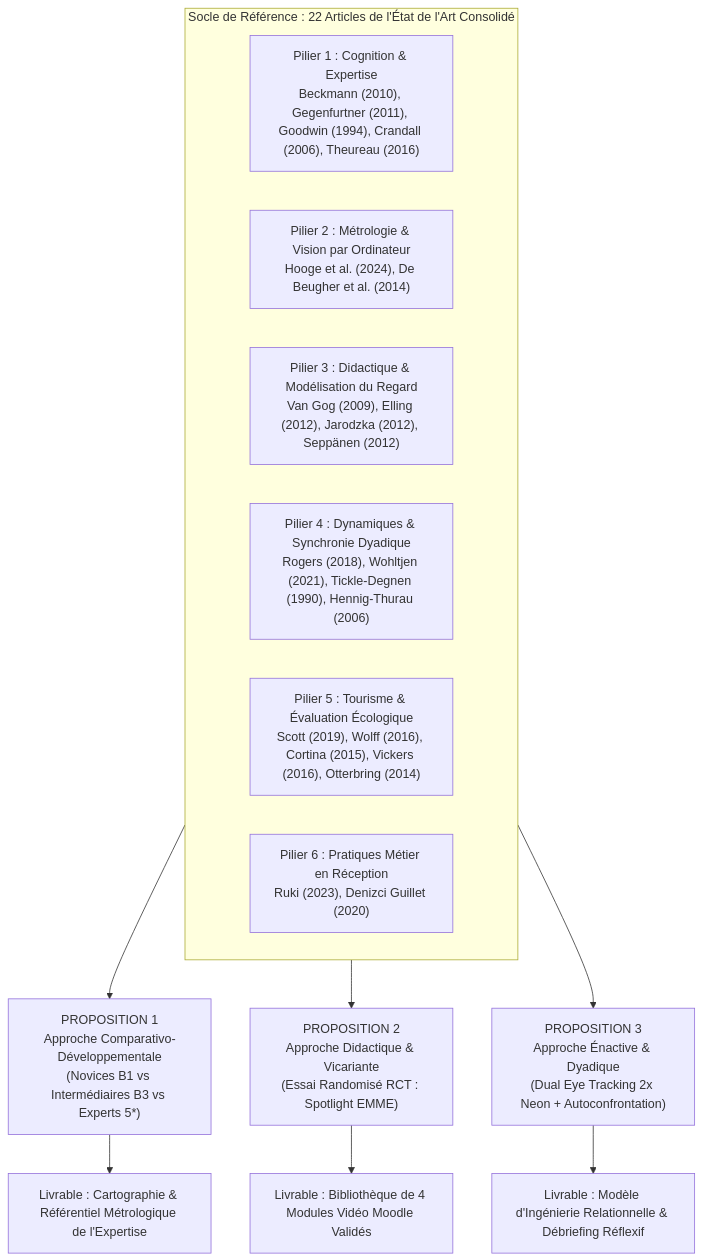
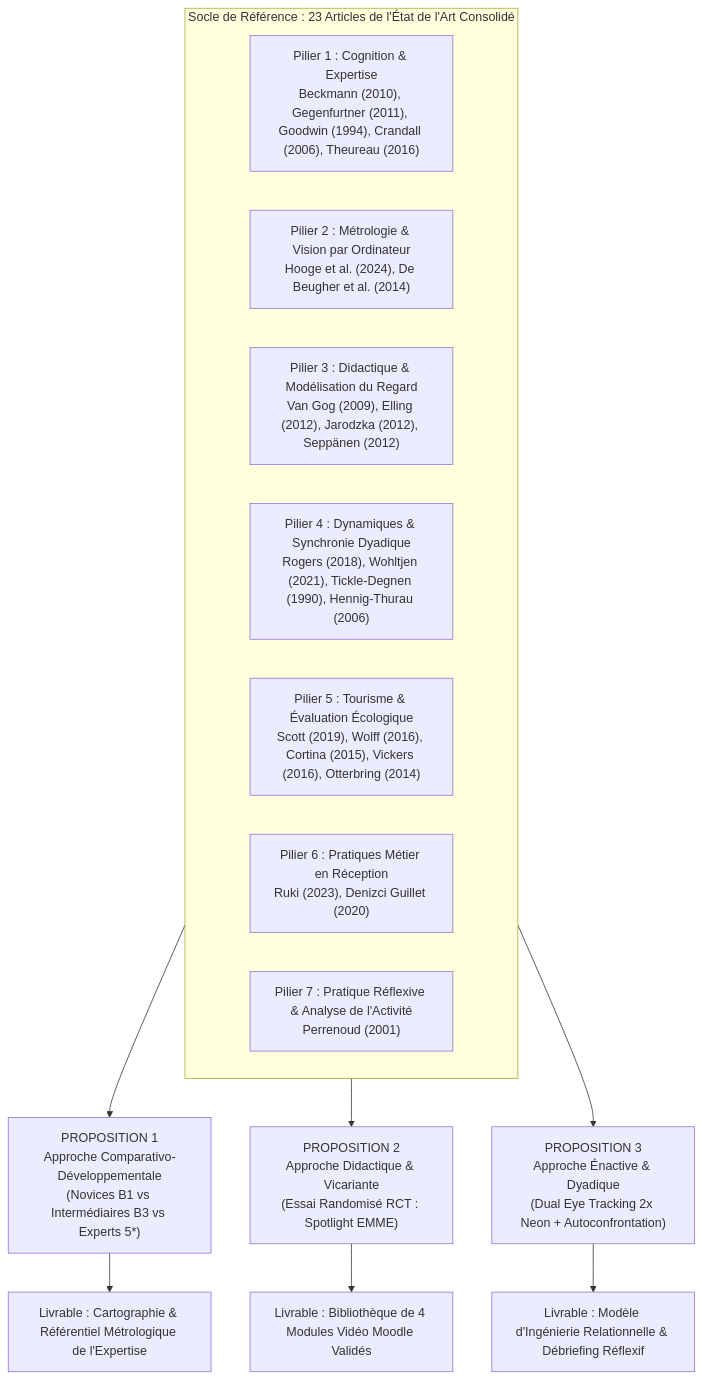
Before and after one commit to jeromefoguenne-eng/Eye-Tracking: the first of 2 diagrams in docs/traite_methodologique_exhaustif_simaccueil.md, drawn with Mermaid. The commit also changed other lines of this file and 5 other files, not shown here.

Commit message:
docs: integration de la reference 26 (Perrenoud, 2001) dans l'etat de l'art et les propositions methodologiques

````diff
--- a/docs/traite_methodologique_exhaustif_simaccueil.md
+++ b/docs/traite_methodologique_exhaustif_simaccueil.md
@@ -46,19 +46,20 @@
 ```mermaid
 flowchart TD
-    subgraph SOTA ["Socle de Référence : 22 Articles de l'État de l'Art Consolidé"]
+    subgraph SOTA ["Socle de Référence : 23 Articles de l'État de l'Art Consolidé"]
         P1["Pilier 1 : Cognition & Expertise<br/>Beckmann (2010), Gegenfurtner (2011), Goodwin (1994), Crandall (2006), Theureau (2016)"]
         P2["Pilier 2 : Métrologie & Vision par Ordinateur<br/>Hooge et al. (2024), De Beugher et al. (2014)"]
         P3["Pilier 3 : Didactique & Modélisation du Regard<br/>Van Gog (2009), Elling (2012), Jarodzka (2012), Seppänen (2012)"]
         P4["Pilier 4 : Dynamiques & Synchronie Dyadique<br/>Rogers (2018), Wohltjen (2021), Tickle-Degnen (1990), Hennig-Thurau (2006)"]
         P5["Pilier 5 : Tourisme & Évaluation Écologique<br/>Scott (2019), Wolff (2016), Cortina (2015), Vickers (2016), Otterbring (2014)"]
         P6["Pilier 6 : Pratiques Métier en Réception<br/>Ruki (2023), Denizci Guillet (2020)"]
+        P7["Pilier 7 : Pratique Réflexive & Analyse de l'Activité<br/>Perrenoud (2001)"]
     end
 
     SOTA --> M1["PROPOSITION 1<br/>Approche Comparativo-Développementale<br/>(Novices B1 vs Intermédiaires B3 vs Experts 5*)"]
     SOTA --> M2["PROPOSITION 2<br/>Approche Didactique & Vicariante<br/>(Essai Randomisé RCT : Spotlight EMME)"]
     SOTA --> M3["PROPOSITION 3<br/>Approche Énactive & Dyadique<br/>(Dual Eye Tracking 2x Neon + Autoconfrontation)"]
 
     M1 --> LIV1["Livrable : Cartographie & Référentiel Métrologique de l'Expertise"]
     M2 --> LIV2["Livrable : Bibliothèque de 4 Modules Vidéo Moodle Validés"]
     M3 --> LIV3["Livrable : Modèle d'Ingénierie Relationnelle & Débriefing Réflexif"]
 ```
````
